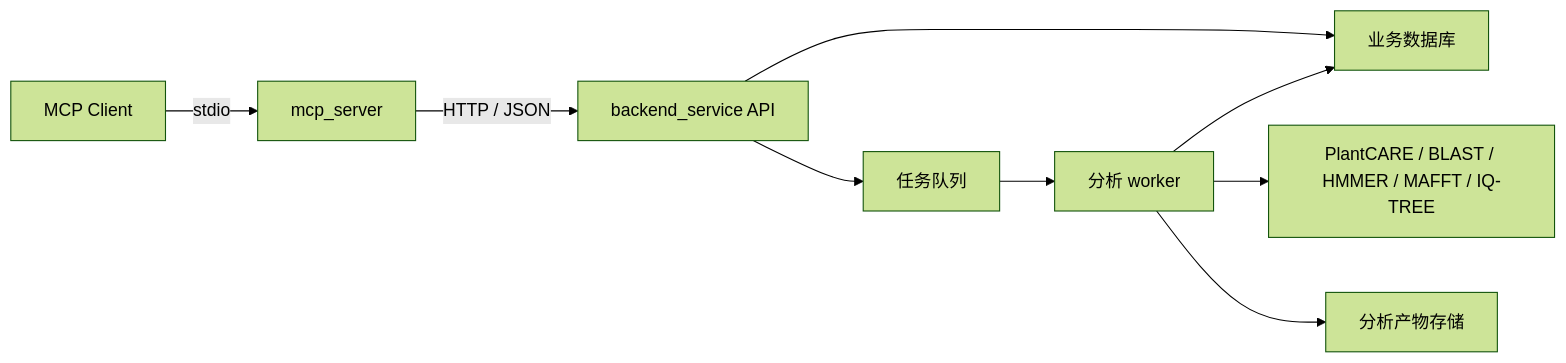
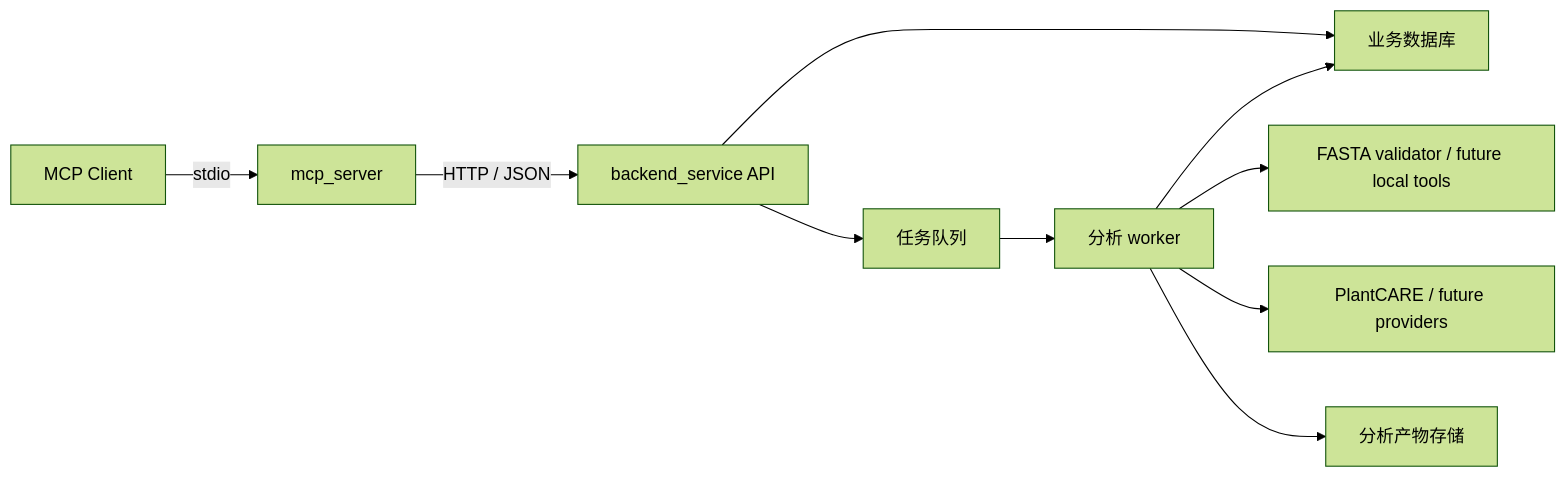
The first of 3 diagrams in docs/architecture.md (xxay-16/gene-family-mcp), drawn with Mermaid (forest theme) before and after one commit. The commit also changed other lines of this file and 18 other files, not shown here.

````diff
--- a/docs/architecture.md
+++ b/docs/architecture.md
@@ -12,11 +12,12 @@
 ```mermaid
 flowchart LR
     CLIENT["MCP Client"] -->|"stdio"| MCP["mcp_server"]
     MCP -->|"HTTP / JSON"| API["backend_service API"]
     API --> DB["业务数据库"]
     API --> QUEUE["任务队列"]
     QUEUE --> WORKER["分析 worker"]
-    WORKER --> PROVIDERS["PlantCARE / BLAST / HMMER / MAFFT / IQ-TREE"]
+    WORKER --> LOCAL["FASTA validator / future local tools"]
+    WORKER --> PROVIDERS["PlantCARE / future providers"]
     WORKER --> ARTIFACTS["分析产物存储"]
     WORKER --> DB
 ```
````
